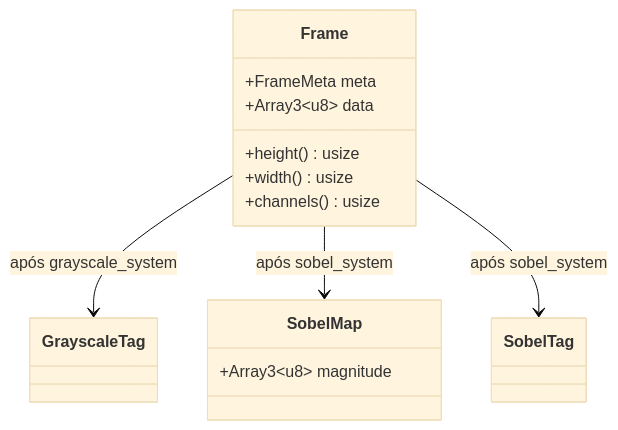
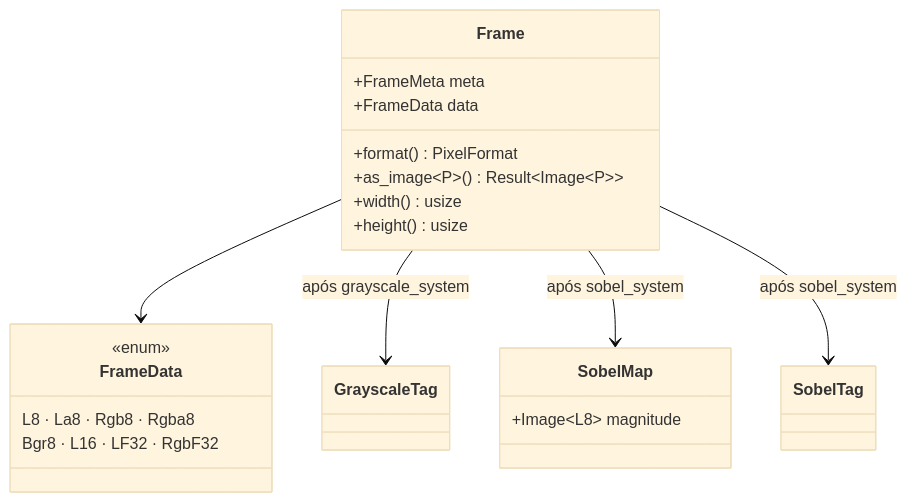
The second of 2 diagrams in website/docs/conceitos/arquitetura.md (Bappoz/perceptor), drawn with Mermaid (base theme) before and after one commit. The commit also changed other lines of this file and 26 other files, not shown here.

First line of the commit message:
feat(pipeline): carry any pixel format in Frame through FrameData

````diff
--- a/website/docs/conceitos/arquitetura.md
+++ b/website/docs/conceitos/arquitetura.md
@@ -63,18 +65,25 @@
 ```mermaid
 classDiagram
     class Frame {
         +FrameMeta meta
-        +Array3~u8~ data
+        +FrameData data
+        +format() PixelFormat
+        +as_image~P~() Result~Image~P~~
+        +width() usize
         +height() usize
-        +width() usize
-        +channels() usize
     }
+    class FrameData {
+        <<enum>>
+        L8 · La8 · Rgb8 · Rgba8
+        Bgr8 · L16 · LF32 · RgbF32
+    }
+    Frame --> FrameData
     class GrayscaleTag
     class SobelMap {
-        +Array3~u8~ magnitude
+        +Image~L8~ magnitude
     }
     class SobelTag
     Frame --> GrayscaleTag : após grayscale_system
     Frame --> SobelMap : após sobel_system
     Frame --> SobelTag : após sobel_system
 ```
````
